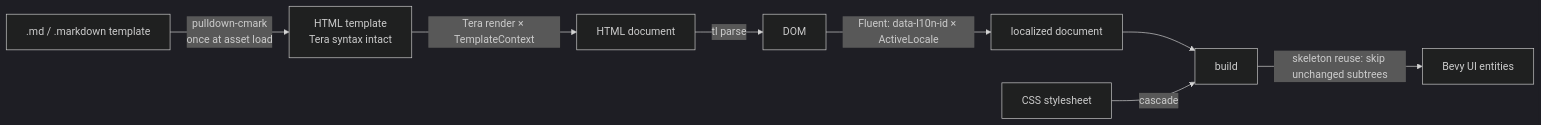
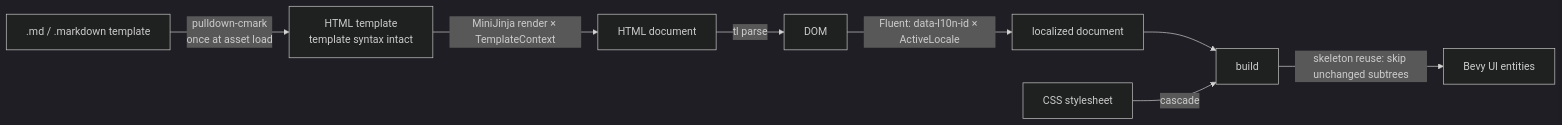
Before and after one commit to nchashch/bevy_markup: the diagram in README.md, drawn with Mermaid (dark theme). The commit also changed other lines of this file and 47 other files, not shown here.

First line of the commit message:
Render templates with MiniJinja on a fuel budget; remove Tera (ADR 0049)

````diff
--- a/README.md
+++ b/README.md
@@ -341,10 +340,10 @@
 ```mermaid
 flowchart LR
-  MD[.md / .markdown template] -->|pulldown-cmark<br>once at asset load| T[HTML template<br>Tera syntax intact]
-  T -->|Tera render × TemplateContext| H[HTML document]
+  MD[.md / .markdown template] -->|pulldown-cmark<br>once at asset load| T[HTML template<br>template syntax intact]
+  T -->|MiniJinja render × TemplateContext| H[HTML document]
   H -->|tl parse| D[DOM]
   D -->|Fluent: data-l10n-id × ActiveLocale| L[localized document]
   L --> B[build]
   C[CSS stylesheet] -->|cascade| B
   B -->|skeleton reuse: skip unchanged subtrees| U[Bevy UI entities]
 ```
````
